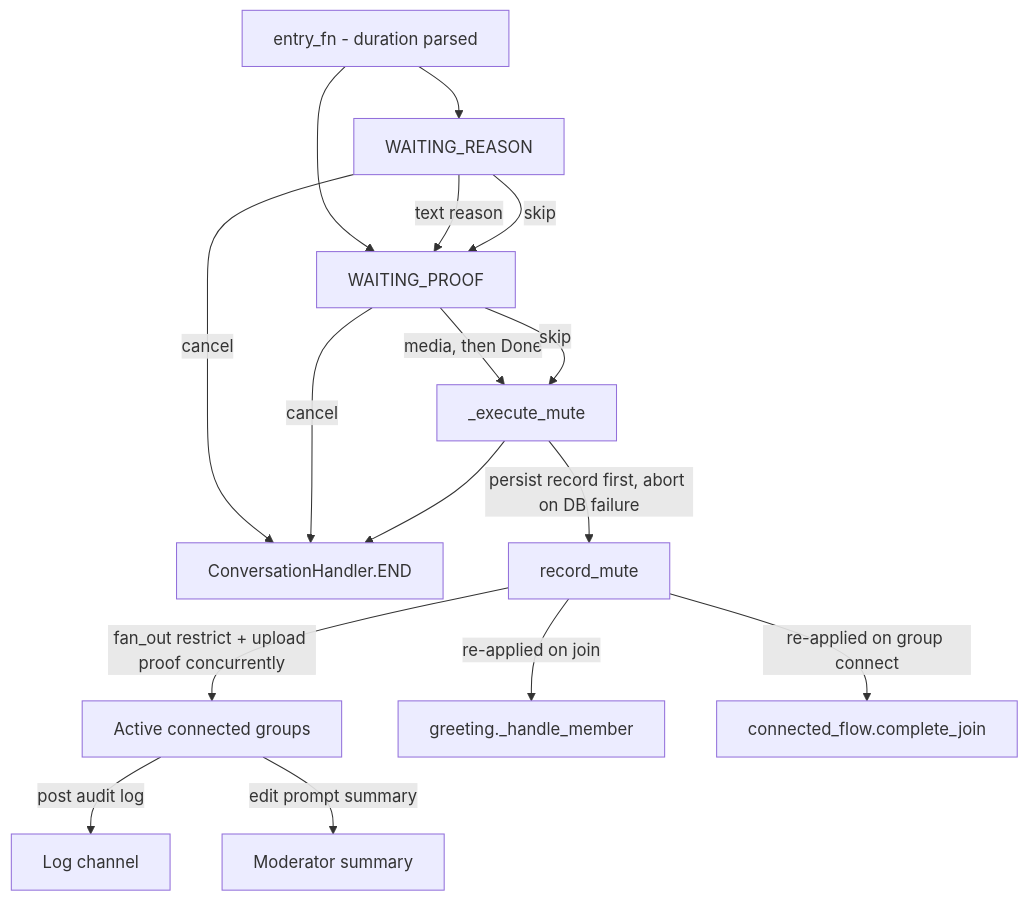
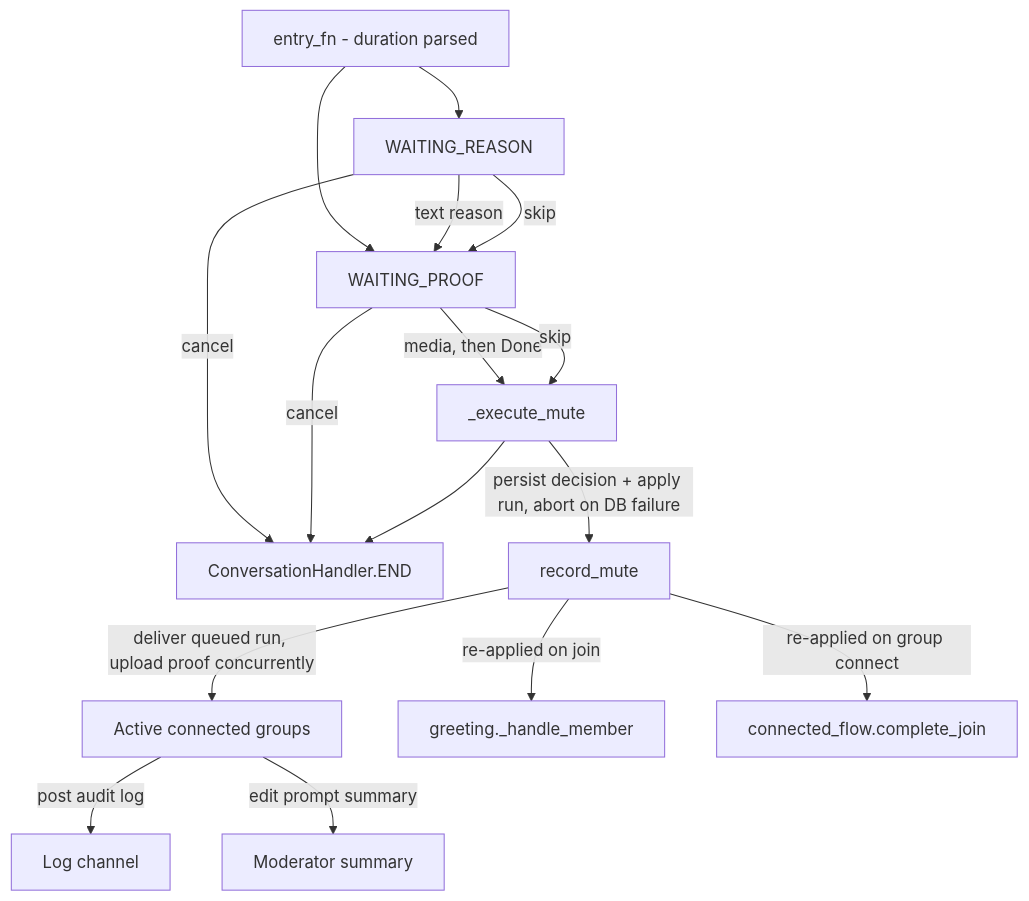
The third of 4 diagrams in docs/architecture/workflows.md (D1ZZY4/tcbot), drawn with Mermaid before and after one commit. The commit also changed other lines of this file and 4 other files, not shown here.

````diff
--- a/docs/architecture/workflows.md
+++ b/docs/architecture/workflows.md
@@ -158,18 +158,18 @@
 ```mermaid
 flowchart TD
     Entry[entry_fn - duration parsed] --> Reason[WAITING_REASON]
     Entry --> Proof[WAITING_PROOF]
     Reason -->|text reason| Proof
     Reason -->|skip| Proof
     Reason -->|cancel| End[ConversationHandler.END]
     Proof -->|media, then Done| Exec[_execute_mute]
     Proof -->|skip| Exec
     Proof -->|cancel| End
-    Exec -->|persist record first, abort on DB failure| Stored[record_mute]
-    Stored -->|fan_out restrict + upload proof concurrently| Groups[Active connected groups]
+    Exec -->|persist decision + apply run, abort on DB failure| Stored[record_mute]
+    Stored -->|deliver queued run, upload proof concurrently| Groups[Active connected groups]
     Groups -->|post audit log| LogChat[Log channel]
     Groups -->|edit prompt summary| Summary[Moderator summary]
     Stored -->|re-applied on join| Join[greeting._handle_member]
     Stored -->|re-applied on group connect| Connect[connected_flow.complete_join]
     Exec --> End
 ```
````
